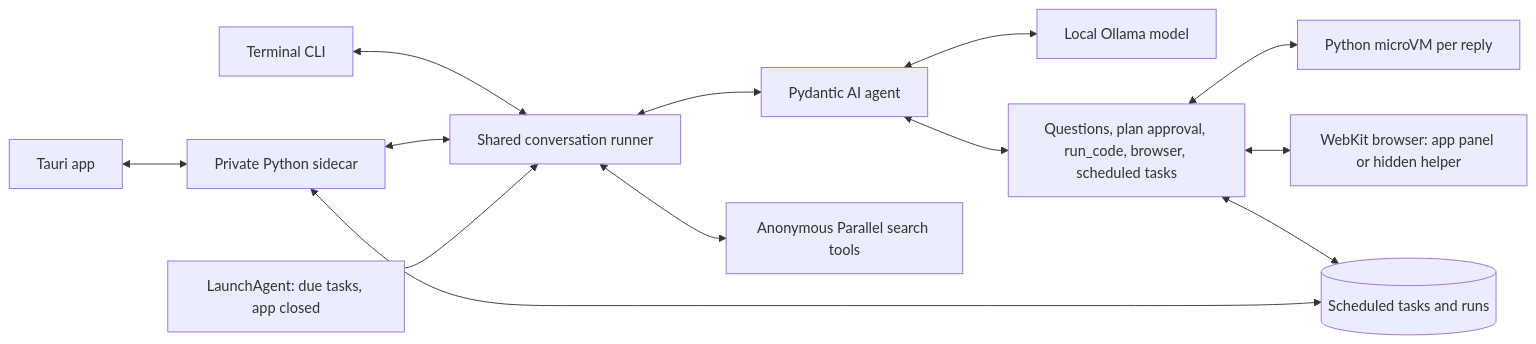
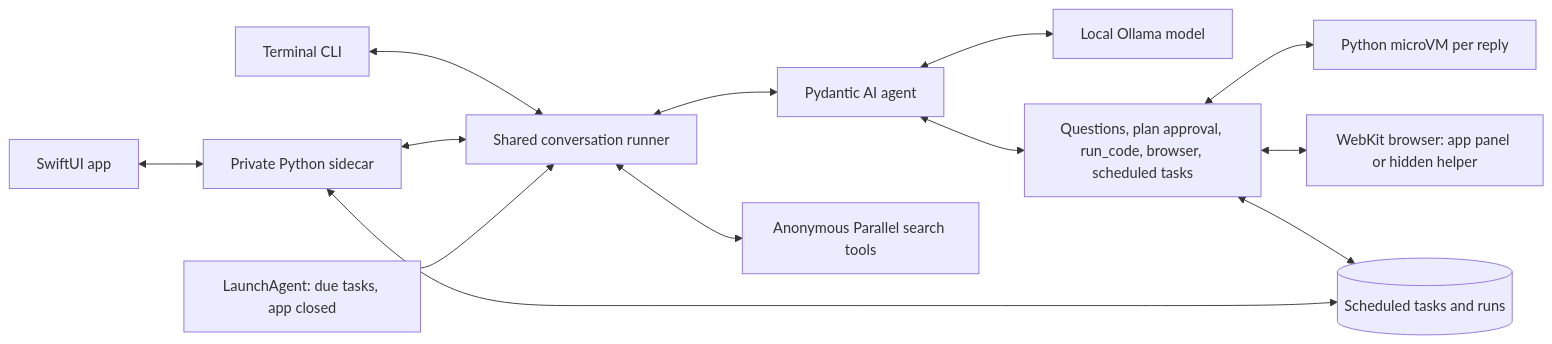
One commit to raniendu/vikram changed the diagram in README.md. Above: the diagram before and after it, drawn with Mermaid. The commit also changed other lines of this file and 95 other files, not shown here.

First line of the commit message:
Rebuild the desktop app as a native SwiftUI Mac app

````diff
--- a/README.md
+++ b/README.md
@@ -360,15 +365,15 @@
 ```mermaid
 flowchart LR
     CLI[Terminal CLI] <--> Runner[Shared conversation runner]
-    App[Tauri app] <--> Sidecar[Private Python sidecar]
+    App[SwiftUI app] <--> Sidecar[Private Python sidecar]
     Sidecar <--> Runner
     Runner <--> Agent[Pydantic AI agent]
     Agent <--> Ollama[Local Ollama model]
     Runner <--> Parallel[Anonymous Parallel search tools]
     Agent <--> Toolkit[Questions, plan approval, run_code, browser, scheduled tasks]
     Toolkit <--> VM[Python microVM per reply]
     Toolkit <--> Browser[WebKit browser: app panel or hidden helper]
     Toolkit <--> Tasks[(Scheduled tasks and runs)]
     Launchd[LaunchAgent: due tasks, app closed] --> Runner
     Sidecar <--> Tasks
 ```
````
